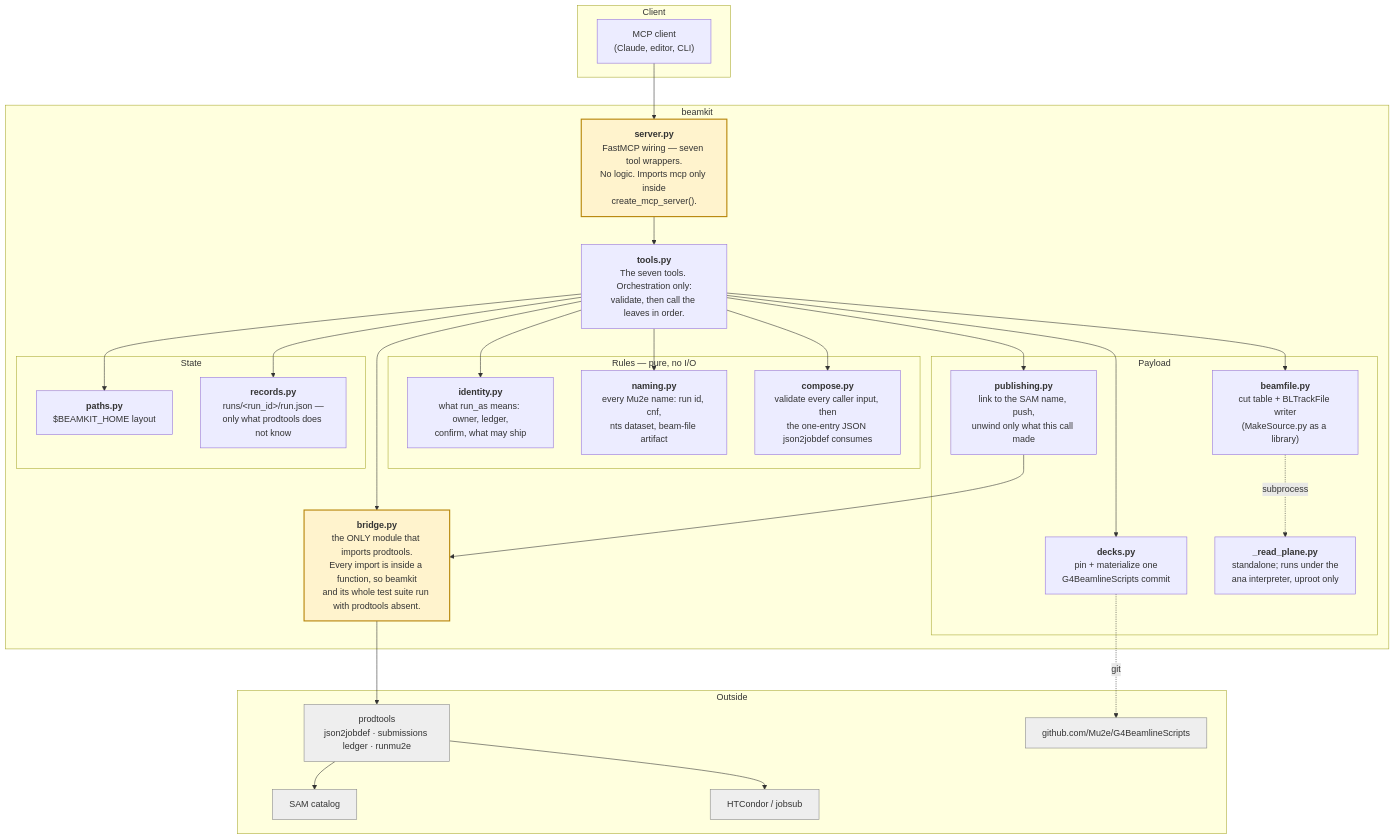
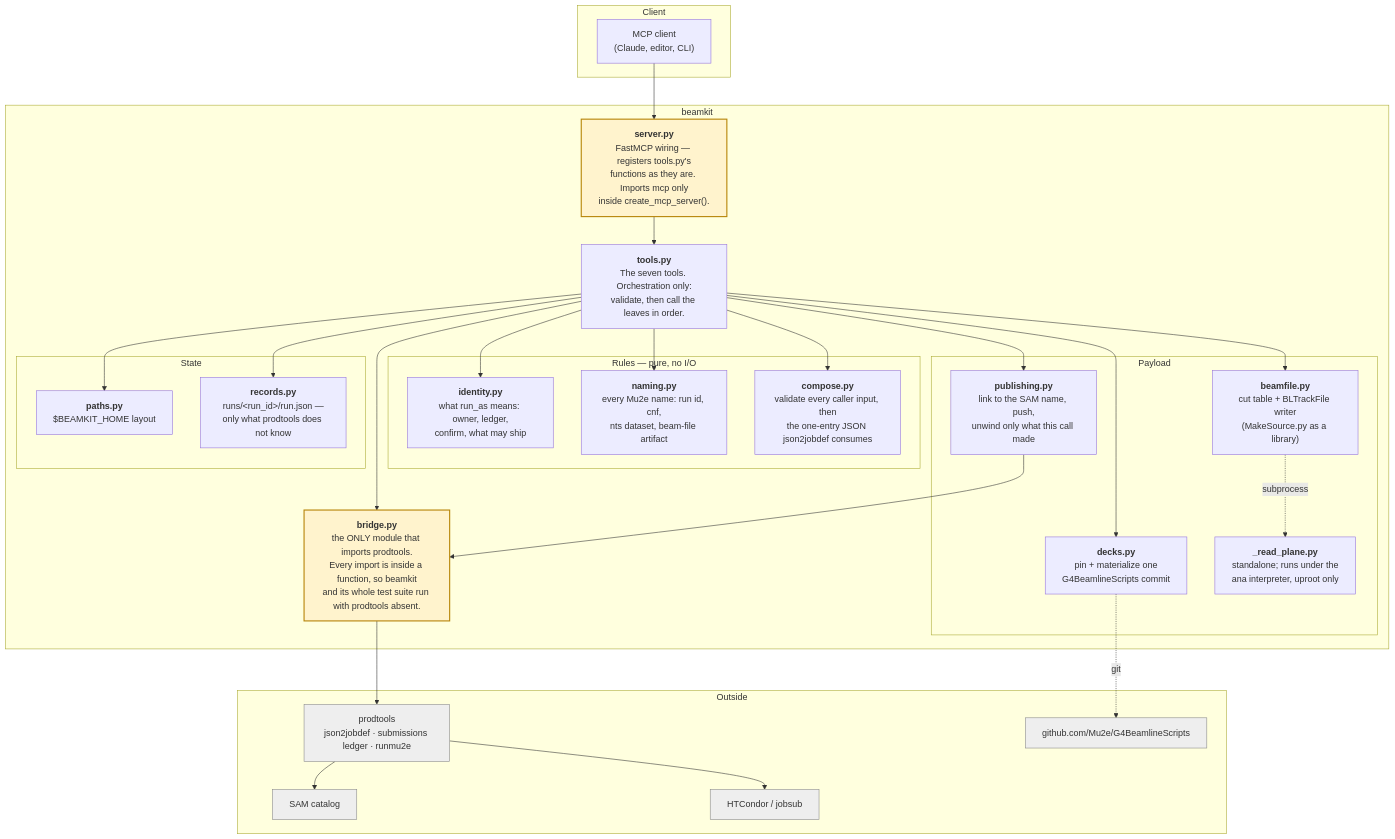
The first of 3 diagrams in docs/architecture.md (oksuzian/beamkit), drawn with Mermaid before and after one commit. The commit also changed other lines of this file and 15 other files, not shown here.

First line of the commit message:
refactor: one error base, direct FastMCP registration, leaner records

````diff
--- a/docs/architecture.md
+++ b/docs/architecture.md
@@ -16,52 +16,52 @@
 ```mermaid
 graph TB
     subgraph clients["Client"]
         MCP["MCP client<br/>(Claude, editor, CLI)"]
     end
 
     subgraph beamkit["beamkit"]
-        SRV["<b>server.py</b><br/>FastMCP wiring — seven tool wrappers.<br/>No logic. Imports mcp only inside<br/>create_mcp_server()."]
+        SRV["<b>server.py</b><br/>FastMCP wiring — registers tools.py's<br/>functions as they are. Imports mcp only<br/>inside create_mcp_server()."]
         TOOLS["<b>tools.py</b><br/>The seven tools. Orchestration only:<br/>validate, then call the leaves in order."]
 
         subgraph rules["Rules — pure, no I/O"]
             IDN["<b>identity.py</b><br/>what run_as means: owner, ledger,<br/>confirm, what may ship"]
             NAM["<b>naming.py</b><br/>every Mu2e name: run id, cnf,<br/>nts dataset, beam-file artifact"]
             CMP["<b>compose.py</b><br/>validate every caller input, then<br/>the one-entry JSON json2jobdef consumes"]
         end
 
         subgraph payload["Payload"]
             DEK["<b>decks.py</b><br/>pin + materialize one<br/>G4BeamlineScripts commit"]
             BF["<b>beamfile.py</b><br/>cut table + BLTrackFile writer<br/>(MakeSource.py as a library)"]
             PUB["<b>publishing.py</b><br/>link to the SAM name, push,<br/>unwind only what this call made"]
             RP["<b>_read_plane.py</b><br/>standalone; runs under the<br/>ana interpreter, uproot only"]
         end
 
         subgraph store["State"]
             PTH["<b>paths.py</b><br/>$BEAMKIT_HOME layout"]
             REC["<b>records.py</b><br/>runs/&lt;run_id&gt;/run.json —<br/>only what prodtools does not know"]
         end
 
         BRG["<b>bridge.py</b><br/>the ONLY module that imports prodtools.<br/>Every import is inside a function, so beamkit<br/>and its whole test suite run with prodtools absent."]
     end
 
     subgraph ext["Outside"]
         PT["prodtools<br/>json2jobdef · submissions ledger · runmu2e"]
         SAM["SAM catalog"]
         GRID["HTCondor / jobsub"]
         GIT["github.com/Mu2e/G4BeamlineScripts"]
     end
 
     MCP --> SRV --> TOOLS
     TOOLS --> IDN & NAM & CMP & DEK & BF & PUB & REC & PTH
     TOOLS --> BRG
     PUB --> BRG
     BF -.->|subprocess| RP
     DEK -.->|git| GIT
     BRG --> PT
     PT --> SAM & GRID
 
     classDef boundary fill:#fff3cd,stroke:#b8860b,stroke-width:2px
     classDef external fill:#eee,stroke:#888
     class SRV,BRG boundary
     class PT,SAM,GRID,GIT external
 ```
````
